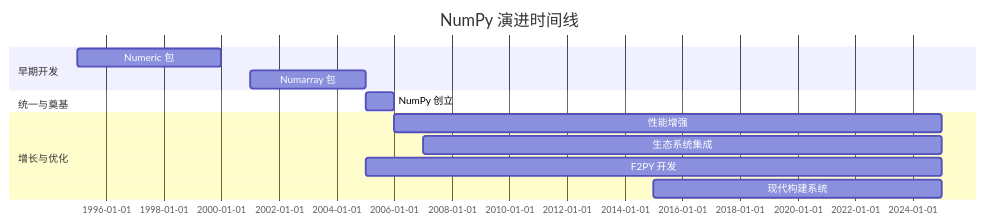
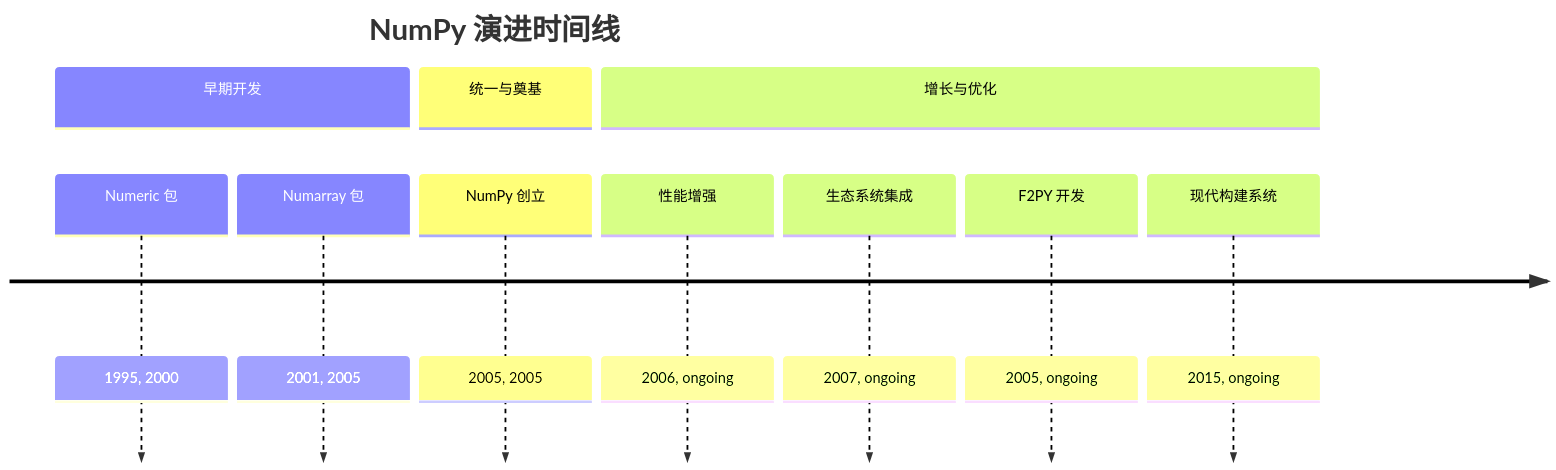
The first of 4 diagrams in docs/data-processing/zh/numpy_evolution_document.zh.md (tt33415366/python_data_process_lib_intro), drawn with Mermaid before and after one commit. The commit also changed other lines of this file, not shown here.

First line of the commit message:
docs: sync Chinese NumPy evolution document with English version

````diff
--- a/docs/data-processing/zh/numpy_evolution_document.zh.md
+++ b/docs/data-processing/zh/numpy_evolution_document.zh.md
@@ -13,18 +13,18 @@
 ```mermaid
-gantt
+timeline
     dateFormat  YYYY
     title NumPy 演进时间线
 
     section 早期开发
     Numeric 包      : 1995, 2000
     Numarray 包     : 2001, 2005
 
     section 统一与奠基
-    NumPy 创立       : 2005, 2006
+    NumPy 创立       : 2005, 2005
 
     section 增长与优化
-    性能增强 : 2006, 2025
-    生态系统集成    : 2007, 2025
-    F2PY 开发         : 2005, 2025
-    现代构建系统     : 2015, 2025
+    性能增强 : 2006, ongoing
+    生态系统集成    : 2007, ongoing
+    F2PY 开发         : 2005, ongoing
+    现代构建系统     : 2015, ongoing
 ```
````
